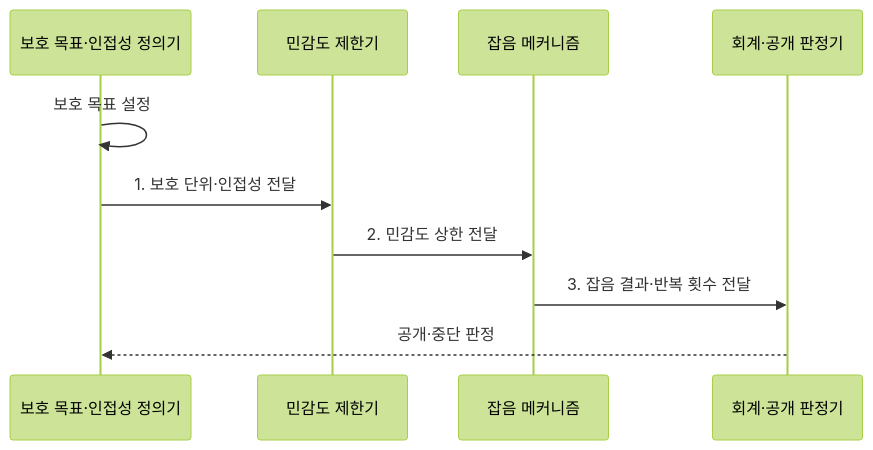
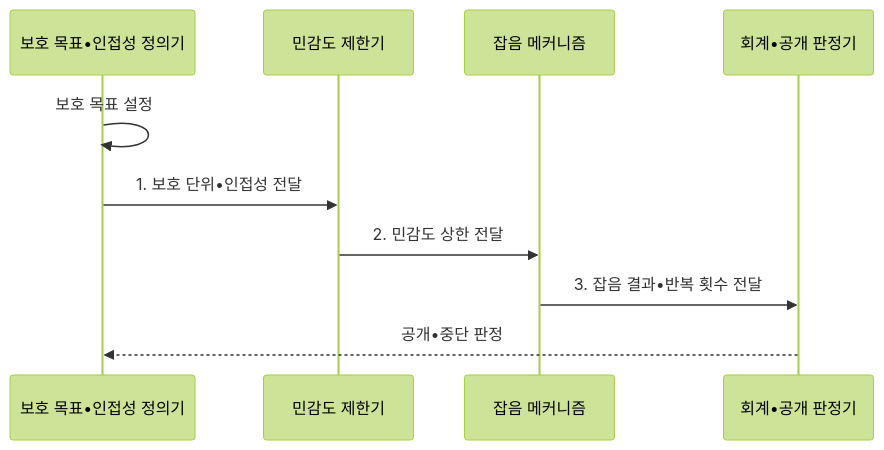
One commit to agnusdei1207/knowledge-base changed the second of 2 diagrams in src/content/docs/notes/08-latest-tech/113_differential_privacy.md. Above: the diagram before and after it, drawn with Mermaid (forest theme). The commit also changed other lines of this file and 953 other files, not shown here.

````diff
--- a/src/content/docs/notes/08-latest-tech/113_differential_privacy.md
+++ b/src/content/docs/notes/08-latest-tech/113_differential_privacy.md
@@ -108,12 +108,12 @@
 ```mermaid
 sequenceDiagram
-    participant A as 보호 목표·인접성 정의기
+    participant A as 보호 목표•인접성 정의기
     participant C as 민감도 제한기
     participant N as 잡음 메커니즘
-    participant P as 회계·공개 판정기
+    participant P as 회계•공개 판정기
     A->>A: 보호 목표 설정
-    A->>C: 1. 보호 단위·인접성 전달
+    A->>C: 1. 보호 단위•인접성 전달
     C->>N: 2. 민감도 상한 전달
-    N->>P: 3. 잡음 결과·반복 횟수 전달
-    P-->>A: 공개·중단 판정
+    N->>P: 3. 잡음 결과•반복 횟수 전달
+    P-->>A: 공개•중단 판정
 ```
````
